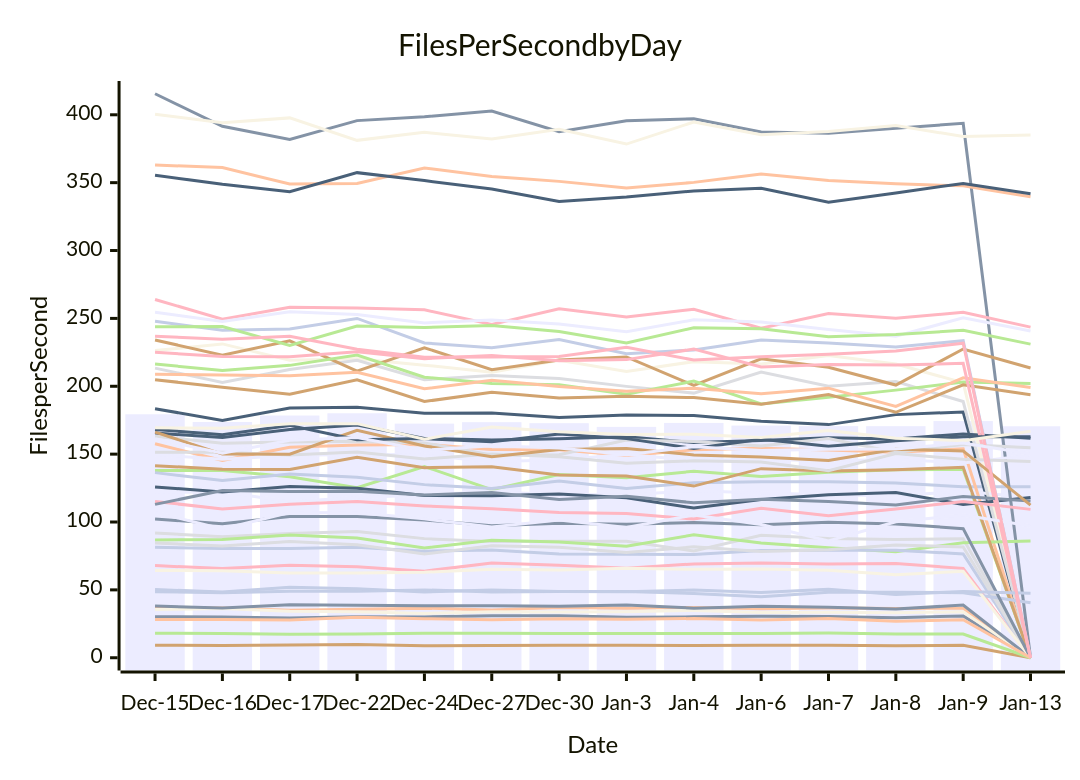
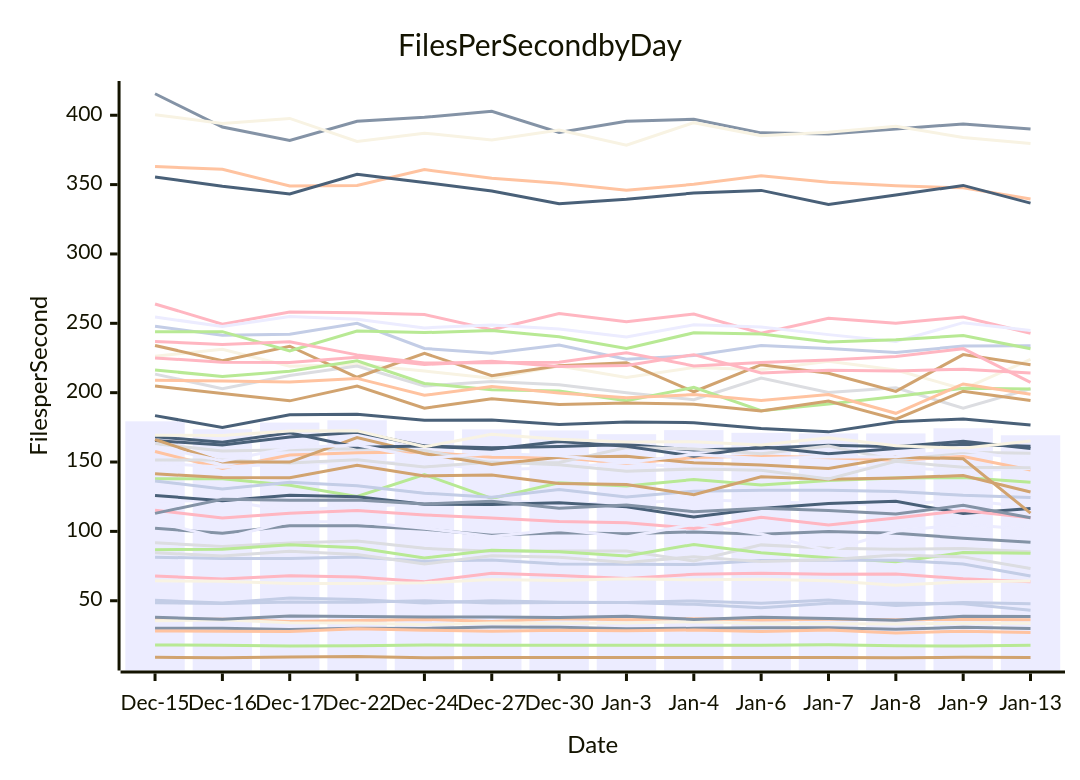
One commit to streetsidesoftware/cspell changed the diagram in perf-report.md. Above: the diagram before and after it, drawn with Mermaid. The commit also changed other lines of this file and 1 other file, not shown here.

````diff
--- a/perf-report.md
+++ b/perf-report.md
@@ -10,57 +10,57 @@
 ```mermaid
 xychart-beta
     title Files Per Second by Day
     y-axis Files per Second
     x-axis Date [Dec-15, Dec-16, Dec-17, Dec-22, Dec-24, Dec-27, Dec-30, Jan-3, Jan-4, Jan-6, Jan-7, Jan-8, Jan-9, Jan-13]
-    bar [179.36, 173.64, 178.43, 180.09, 172.48, 173.54, 172.79, 170.07, 172.98, 171.06, 170.63, 170.60, 174.36, 170.54]
-    line [30.21, 30.10, 29.27, 30.24, 30.04, 30.99, 30.88, 29.79, 30.12, 30.58, 30.44, 29.43, 30.82, 0.00]
-    line [36.51, 36.62, 35.07, 35.79, 36.55, 35.09, 36.98, 36.38, 37.08, 36.07, 36.65, 36.34, 36.49, 0.00]
-    line [91.85, 89.18, 91.59, 93.06, 87.76, 85.72, 85.81, 85.78, 78.64, 90.27, 87.90, 87.06, 87.60, 0.00]
-    line [138.00, 137.98, 133.31, 125.20, 140.89, 123.76, 134.99, 132.64, 137.41, 133.47, 136.71, 138.45, 138.88, 0.00]
-    line [9.27, 8.94, 9.45, 9.78, 8.90, 9.07, 9.12, 9.16, 9.11, 9.12, 9.14, 8.90, 9.21, 0.00]
-    line [136.38, 130.55, 135.39, 132.89, 127.54, 124.61, 130.19, 124.72, 128.97, 129.63, 129.57, 128.75, 125.98, 126.01]
-    line [67.91, 65.71, 68.06, 67.11, 63.78, 69.83, 68.15, 65.99, 69.11, 69.77, 69.09, 69.36, 65.84, 0.00]
-    line [183.45, 174.84, 184.02, 184.52, 180.06, 180.25, 176.99, 178.92, 178.38, 174.22, 171.75, 179.11, 181.04, 0.00]
-    line [226.27, 231.21, 219.13, 220.31, 215.56, 210.39, 219.17, 210.98, 218.13, 216.47, 222.63, 216.37, 202.60, 0.00]
-    line [121.82, 122.30, 114.99, 117.98, 119.98, 122.26, 120.11, 120.07, 122.96, 121.36, 120.04, 119.36, 122.67, 118.13]
-    line [415.50, 391.53, 381.89, 395.71, 398.52, 402.79, 387.60, 395.60, 397.05, 387.31, 386.47, 390.16, 393.74, 0.00]
-    line [157.64, 145.39, 155.01, 156.77, 157.19, 153.46, 153.21, 148.91, 153.20, 154.41, 153.05, 151.33, 153.98, 0.00]
-    line [213.39, 202.82, 212.32, 219.19, 204.86, 207.97, 205.76, 199.93, 194.96, 210.48, 200.08, 203.53, 188.73, 0.00]
-    line [86.83, 87.07, 90.37, 88.26, 80.81, 86.47, 85.34, 82.22, 90.61, 84.54, 80.98, 78.06, 84.72, 86.01]
-    line [234.07, 222.96, 233.49, 211.10, 228.39, 212.27, 219.38, 221.60, 200.66, 220.18, 213.99, 200.90, 227.46, 213.44]
-    line [81.37, 80.53, 80.51, 81.49, 78.49, 79.44, 76.50, 76.34, 76.08, 79.03, 79.23, 79.24, 76.50, 0.00]
-    line [263.96, 249.42, 258.13, 257.62, 256.30, 245.45, 257.10, 251.12, 256.72, 242.84, 253.62, 250.11, 254.55, 243.57]
-    line [125.85, 122.14, 126.07, 124.95, 119.60, 119.43, 120.64, 117.82, 110.33, 116.53, 120.08, 121.77, 112.94, 118.12]
-    line [35.56, 36.21, 34.19, 33.89, 32.69, 33.95, 33.78, 33.96, 34.86, 33.41, 33.47, 33.19, 33.82, 0.00]
-    line [149.53, 146.32, 148.93, 149.89, 149.32, 144.39, 145.93, 149.70, 145.36, 146.19, 145.02, 146.18, 143.49, 149.28]
-    line [38.12, 36.63, 38.97, 38.70, 38.32, 38.26, 37.85, 38.77, 36.54, 38.02, 37.20, 35.97, 38.77, 0.00]
-    line [363.03, 361.09, 348.96, 349.43, 360.81, 354.60, 350.95, 345.98, 350.21, 356.35, 351.62, 349.11, 347.65, 339.60]
-    line [84.51, 82.32, 85.67, 83.25, 76.44, 82.43, 81.41, 77.52, 81.68, 78.20, 79.53, 83.01, 81.62, 0.00]
-    line [216.34, 211.66, 215.40, 222.98, 206.68, 202.06, 201.20, 194.13, 203.79, 186.99, 191.85, 197.16, 203.10, 202.09]
-    line [141.51, 138.80, 138.75, 147.65, 140.01, 140.67, 134.58, 133.84, 126.46, 139.31, 137.59, 138.48, 140.31, 0.00]
-    line [48.59, 47.94, 49.07, 48.96, 49.98, 48.46, 48.82, 48.74, 47.38, 44.97, 48.20, 48.28, 47.88, 40.49]
-    line [115.18, 109.59, 113.00, 115.03, 111.88, 109.68, 107.07, 106.25, 102.14, 110.16, 104.65, 109.58, 115.11, 109.31]
-    line [165.49, 162.20, 168.07, 171.52, 161.55, 160.38, 161.25, 162.72, 158.59, 160.02, 162.06, 161.10, 164.91, 161.78]
-    line [64.35, 64.10, 62.51, 62.39, 63.01, 65.26, 64.66, 65.89, 65.11, 65.47, 64.47, 61.13, 63.67, 0.00]
-    line [254.55, 247.67, 254.88, 252.93, 246.70, 248.73, 245.95, 240.13, 248.92, 247.35, 241.85, 236.85, 250.47, 240.68]
-    line [102.19, 98.64, 104.01, 104.04, 101.53, 97.16, 99.08, 98.33, 99.60, 97.96, 99.84, 98.62, 95.10, 0.00]
-    line [208.88, 208.37, 207.77, 210.28, 198.12, 204.40, 199.78, 196.30, 198.61, 194.45, 198.60, 185.12, 206.27, 199.08]
-    line [151.43, 151.38, 149.35, 151.56, 146.50, 150.10, 148.04, 143.32, 145.06, 144.14, 137.83, 150.50, 146.15, 144.56]
-    line [18.13, 17.93, 17.37, 17.53, 18.08, 17.97, 17.93, 17.83, 17.83, 17.89, 18.19, 17.48, 17.44, 0.00]
-    line [204.82, 199.34, 194.10, 204.78, 188.75, 195.62, 191.45, 192.64, 191.68, 186.85, 193.93, 180.85, 201.04, 193.68]
-    line [247.88, 241.35, 242.19, 249.98, 231.90, 228.38, 234.40, 224.05, 226.75, 234.01, 231.87, 229.00, 233.60, 0.00]
-    line [225.00, 222.02, 221.71, 225.51, 220.33, 222.69, 218.79, 219.63, 227.40, 214.16, 216.11, 215.58, 216.92, 0.00]
-    line [355.49, 348.84, 343.31, 357.38, 351.53, 345.39, 336.17, 339.40, 343.93, 345.83, 335.66, 342.43, 349.42, 341.79]
-    line [400.36, 394.11, 397.72, 381.16, 387.10, 382.18, 389.40, 378.43, 394.66, 385.25, 387.67, 392.05, 384.01, 385.12]
-    line [107.13, 94.87, 107.05, 106.83, 102.33, 96.35, 101.39, 95.92, 105.11, 98.16, 86.10, 100.14, 105.08, 97.11]
-    line [112.97, 123.23, 122.39, 122.57, 119.82, 121.66, 116.64, 119.03, 114.16, 116.74, 115.06, 112.51, 118.83, 115.41]
-    line [28.26, 28.09, 27.81, 29.86, 28.77, 27.94, 28.71, 28.29, 28.89, 27.76, 28.93, 26.82, 27.98, 0.00]
-    line [163.12, 158.04, 158.90, 159.56, 158.26, 149.38, 149.63, 160.44, 159.38, 155.94, 161.49, 151.30, 157.09, 154.68]
-    line [243.88, 243.97, 230.01, 244.43, 243.32, 244.74, 240.28, 231.82, 243.15, 242.35, 236.52, 238.12, 241.19, 231.04]
-    line [166.27, 150.03, 149.99, 167.61, 155.99, 148.15, 153.37, 154.17, 149.42, 147.86, 145.38, 153.63, 152.37, 112.44]
-    line [50.29, 48.39, 51.90, 50.84, 48.41, 49.94, 48.88, 48.70, 49.88, 48.16, 50.54, 46.59, 48.81, 47.48]
-    line [236.86, 234.70, 236.77, 227.25, 221.39, 221.64, 222.00, 228.77, 219.30, 221.68, 223.62, 226.04, 231.74, 0.00]
-    line [168.20, 164.35, 171.17, 160.66, 161.47, 159.18, 164.75, 161.43, 154.09, 160.97, 155.89, 159.83, 162.81, 162.90]
-    line [169.36, 169.15, 172.44, 172.46, 160.97, 170.04, 166.42, 164.47, 164.70, 162.35, 167.49, 161.75, 159.91, 166.83]
-    line [161.29, 150.68, 160.30, 162.32, 152.82, 156.10, 154.49, 149.59, 155.51, 152.61, 153.69, 153.81, 158.28, 150.14]
+    bar [179.36, 173.64, 178.43, 180.09, 172.48, 173.54, 172.79, 170.07, 172.98, 171.06, 170.63, 170.60, 174.36, 169.28]
+    line [30.21, 30.10, 29.27, 30.24, 30.04, 30.99, 30.88, 29.79, 30.12, 30.58, 30.44, 29.43, 30.82, 30.04]
+    line [36.51, 36.62, 35.07, 35.79, 36.55, 35.09, 36.98, 36.38, 37.08, 36.07, 36.65, 36.34, 36.49, 36.38]
+    line [91.85, 89.18, 91.59, 93.06, 87.76, 85.72, 85.81, 85.78, 78.64, 90.27, 87.90, 87.06, 87.60, 85.34]
+    line [138.00, 137.98, 133.31, 125.20, 140.89, 123.76, 134.99, 132.64, 137.41, 133.47, 136.71, 138.45, 138.88, 135.37]
+    line [9.27, 8.94, 9.45, 9.78, 8.90, 9.07, 9.12, 9.16, 9.11, 9.12, 9.14, 8.90, 9.21, 9.03]
+    line [136.38, 130.55, 135.39, 132.89, 127.54, 124.61, 130.19, 124.72, 128.97, 129.63, 129.57, 128.75, 125.98, 124.51]
+    line [67.91, 65.71, 68.06, 67.11, 63.78, 69.83, 68.15, 65.99, 69.11, 69.77, 69.09, 69.36, 65.84, 63.66]
+    line [183.45, 174.84, 184.02, 184.52, 180.06, 180.25, 176.99, 178.92, 178.38, 174.22, 171.75, 179.11, 181.04, 176.69]
+    line [226.27, 231.21, 219.13, 220.31, 215.56, 210.39, 219.17, 210.98, 218.13, 216.47, 222.63, 216.37, 202.60, 223.99]
+    line [121.82, 122.30, 114.99, 117.98, 119.98, 122.26, 120.11, 120.07, 122.96, 121.36, 120.04, 119.36, 122.67, 117.42]
+    line [415.50, 391.53, 381.89, 395.71, 398.52, 402.79, 387.60, 395.60, 397.05, 387.31, 386.47, 390.16, 393.74, 390.08]
+    line [157.64, 145.39, 155.01, 156.77, 157.19, 153.46, 153.21, 148.91, 153.20, 154.41, 153.05, 151.33, 153.98, 144.23]
+    line [213.39, 202.82, 212.32, 219.19, 204.86, 207.97, 205.76, 199.93, 194.96, 210.48, 200.08, 203.53, 188.73, 202.86]
+    line [86.83, 87.07, 90.37, 88.26, 80.81, 86.47, 85.34, 82.22, 90.61, 84.54, 80.98, 78.06, 84.72, 84.28]
+    line [234.07, 222.96, 233.49, 211.10, 228.39, 212.27, 219.38, 221.60, 200.66, 220.18, 213.99, 200.90, 227.46, 220.16]
+    line [81.37, 80.53, 80.51, 81.49, 78.49, 79.44, 76.50, 76.34, 76.08, 79.03, 79.23, 79.24, 76.50, 67.81]
+    line [263.96, 249.42, 258.13, 257.62, 256.30, 245.45, 257.10, 251.12, 256.72, 242.84, 253.62, 250.11, 254.55, 242.79]
+    line [125.85, 122.14, 126.07, 124.95, 119.60, 119.43, 120.64, 117.82, 110.33, 116.53, 120.08, 121.77, 112.94, 116.57]
+    line [35.56, 36.21, 34.19, 33.89, 32.69, 33.95, 33.78, 33.96, 34.86, 33.41, 33.47, 33.19, 33.82, 33.74]
+    line [149.53, 146.32, 148.93, 149.89, 149.32, 144.39, 145.93, 149.70, 145.36, 146.19, 145.02, 146.18, 143.49, 145.25]
+    line [38.12, 36.63, 38.97, 38.70, 38.32, 38.26, 37.85, 38.77, 36.54, 38.02, 37.20, 35.97, 38.77, 38.65]
+    line [363.03, 361.09, 348.96, 349.43, 360.81, 354.60, 350.95, 345.98, 350.21, 356.35, 351.62, 349.11, 347.65, 339.55]
+    line [84.51, 82.32, 85.67, 83.25, 76.44, 82.43, 81.41, 77.52, 81.68, 78.20, 79.53, 83.01, 81.62, 73.18]
+    line [216.34, 211.66, 215.40, 222.98, 206.68, 202.06, 201.20, 194.13, 203.79, 186.99, 191.85, 197.16, 203.10, 202.67]
+    line [141.51, 138.80, 138.75, 147.65, 140.01, 140.67, 134.58, 133.84, 126.46, 139.31, 137.59, 138.48, 140.31, 128.34]
+    line [48.59, 47.94, 49.07, 48.96, 49.98, 48.46, 48.82, 48.74, 47.38, 44.97, 48.20, 48.28, 47.88, 43.18]
+    line [115.18, 109.59, 113.00, 115.03, 111.88, 109.68, 107.07, 106.25, 102.14, 110.16, 104.65, 109.58, 115.11, 109.86]
+    line [165.49, 162.20, 168.07, 171.52, 161.55, 160.38, 161.25, 162.72, 158.59, 160.02, 162.06, 161.10, 164.91, 159.75]
+    line [64.35, 64.10, 62.51, 62.39, 63.01, 65.26, 64.66, 65.89, 65.11, 65.47, 64.47, 61.13, 63.67, 64.23]
+    line [254.55, 247.67, 254.88, 252.93, 246.70, 248.73, 245.95, 240.13, 248.92, 247.35, 241.85, 236.85, 250.47, 244.81]
+    line [102.19, 98.64, 104.01, 104.04, 101.53, 97.16, 99.08, 98.33, 99.60, 97.96, 99.84, 98.62, 95.10, 92.24]
+    line [208.88, 208.37, 207.77, 210.28, 198.12, 204.40, 199.78, 196.30, 198.61, 194.45, 198.60, 185.12, 206.27, 198.91]
+    line [151.43, 151.38, 149.35, 151.56, 146.50, 150.10, 148.04, 143.32, 145.06, 144.14, 137.83, 150.50, 146.15, 145.93]
+    line [18.13, 17.93, 17.37, 17.53, 18.08, 17.97, 17.93, 17.83, 17.83, 17.89, 18.19, 17.48, 17.44, 17.96]
+    line [204.82, 199.34, 194.10, 204.78, 188.75, 195.62, 191.45, 192.64, 191.68, 186.85, 193.93, 180.85, 201.04, 194.29]
+    line [247.88, 241.35, 242.19, 249.98, 231.90, 228.38, 234.40, 224.05, 226.75, 234.01, 231.87, 229.00, 233.60, 233.78]
+    line [225.00, 222.02, 221.71, 225.51, 220.33, 222.69, 218.79, 219.63, 227.40, 214.16, 216.11, 215.58, 216.92, 214.21]
+    line [355.49, 348.84, 343.31, 357.38, 351.53, 345.39, 336.17, 339.40, 343.93, 345.83, 335.66, 342.43, 349.42, 336.63]
+    line [400.36, 394.11, 397.72, 381.16, 387.10, 382.18, 389.40, 378.43, 394.66, 385.25, 387.67, 392.05, 384.01, 379.66]
+    line [107.13, 94.87, 107.05, 106.83, 102.33, 96.35, 101.39, 95.92, 105.11, 98.16, 86.10, 100.14, 105.08, 101.28]
+    line [112.97, 123.23, 122.39, 122.57, 119.82, 121.66, 116.64, 119.03, 114.16, 116.74, 115.06, 112.51, 118.83, 109.87]
+    line [28.26, 28.09, 27.81, 29.86, 28.77, 27.94, 28.71, 28.29, 28.89, 27.76, 28.93, 26.82, 27.98, 27.08]
+    line [163.12, 158.04, 158.90, 159.56, 158.26, 149.38, 149.63, 160.44, 159.38, 155.94, 161.49, 151.30, 157.09, 156.36]
+    line [243.88, 243.97, 230.01, 244.43, 243.32, 244.74, 240.28, 231.82, 243.15, 242.35, 236.52, 238.12, 241.19, 231.69]
+    line [166.27, 150.03, 149.99, 167.61, 155.99, 148.15, 153.37, 154.17, 149.42, 147.86, 145.38, 153.63, 152.37, 113.13]
+    line [50.29, 48.39, 51.90, 50.84, 48.41, 49.94, 48.88, 48.70, 49.88, 48.16, 50.54, 46.59, 48.81, 47.85]
+    line [236.86, 234.70, 236.77, 227.25, 221.39, 221.64, 222.00, 228.77, 219.30, 221.68, 223.62, 226.04, 231.74, 207.37]
+    line [168.20, 164.35, 171.17, 160.66, 161.47, 159.18, 164.75, 161.43, 154.09, 160.97, 155.89, 159.83, 162.81, 161.37]
+    line [169.36, 169.15, 172.44, 172.46, 160.97, 170.04, 166.42, 164.47, 164.70, 162.35, 167.49, 161.75, 159.91, 165.19]
+    line [161.29, 150.68, 160.30, 162.32, 152.82, 156.10, 154.49, 149.59, 155.51, 152.61, 153.69, 153.81, 158.28, 151.30]
 ```
````
